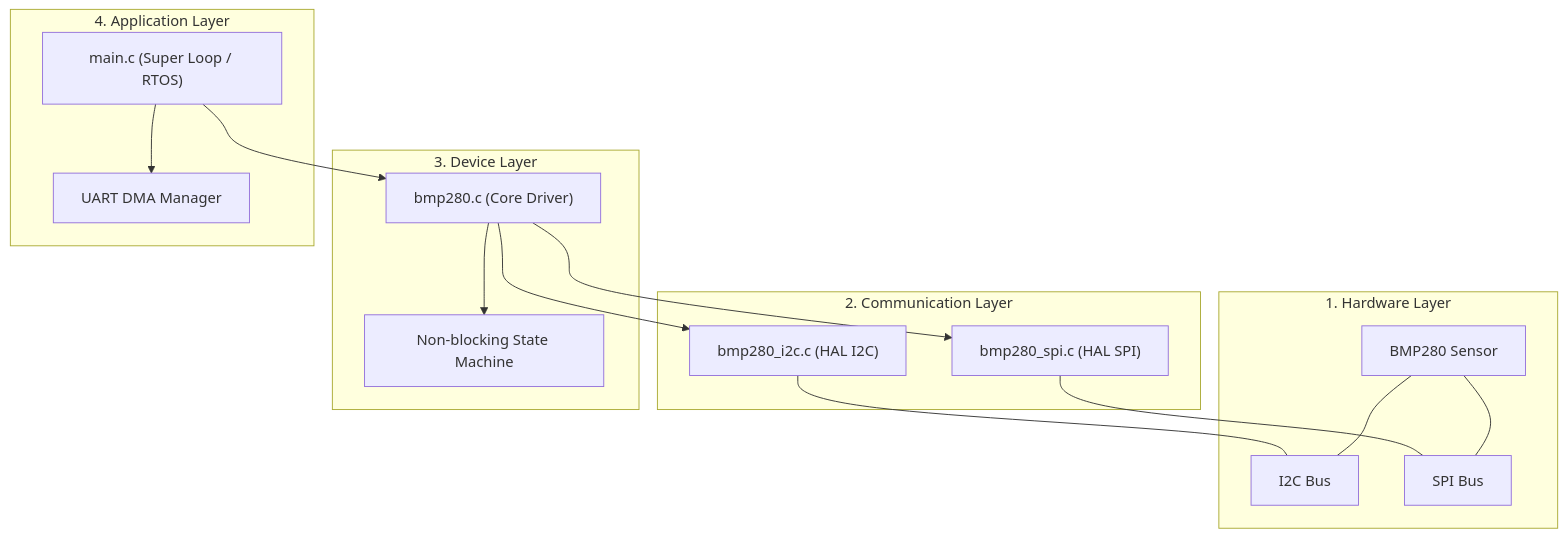
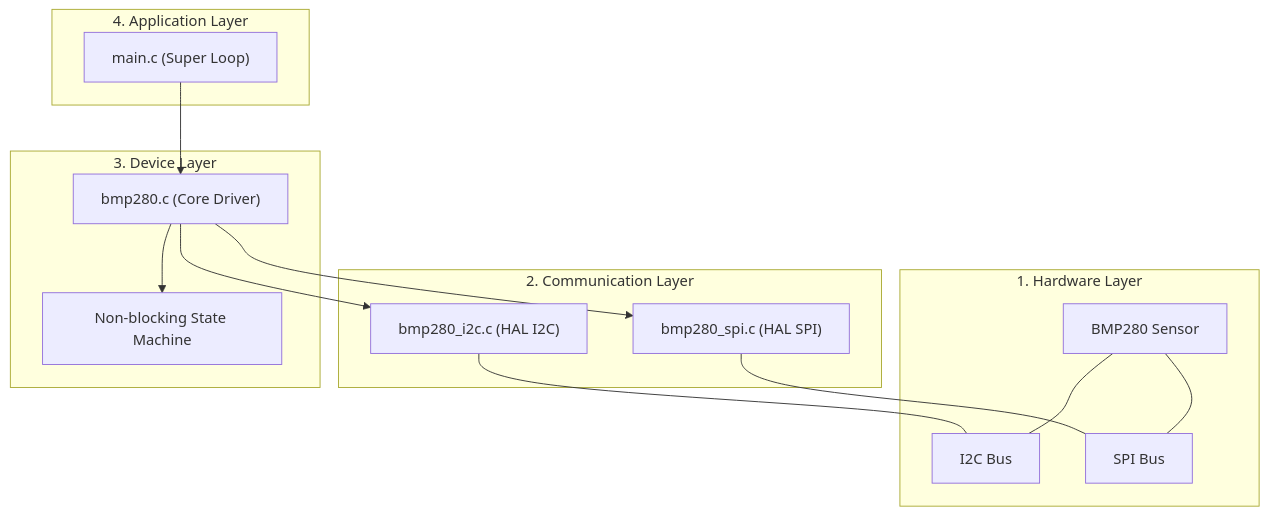
One commit to timstudacc-ai/BMP280_driver changed the diagram in README.md. Above: the diagram before and after it, drawn with Mermaid. The commit also changed other lines of this file, not shown here.

````diff
--- a/README.md
+++ b/README.md
@@ -18,35 +18,33 @@
 ```mermaid
 graph TD
     %% Define Nodes and Subgraphs
     subgraph HW [1. Hardware Layer]
         BMP280_Sensor[BMP280 Sensor]
         I2C_Bus[I2C Bus]
         SPI_Bus[SPI Bus]
     end
 
     subgraph COMM [2. Communication Layer]
         I2C_Driver["bmp280_i2c.c (HAL I2C)"]
         SPI_Driver["bmp280_spi.c (HAL SPI)"]
     end
 
     subgraph DEV [3. Device Layer]
         Core_Logic["bmp280.c (Core Driver)"]
         State_Machine["Non-blocking State Machine"]
     end
 
     subgraph APP [4. Application Layer]
-        Main_Loop["main.c (Super Loop / RTOS)"]
-        UART_Manager["UART DMA Manager"]
+        Main_Loop["main.c (Super Loop)"]
     end
 
     %% Define Relationships Outside Subgraphs
     BMP280_Sensor --- I2C_Bus
     BMP280_Sensor --- SPI_Bus
     I2C_Driver --- I2C_Bus
     SPI_Driver --- SPI_Bus
     Core_Logic --> State_Machine
     Core_Logic --> I2C_Driver
     Core_Logic --> SPI_Driver
     Main_Loop --> Core_Logic
-    Main_Loop --> UART_Manager
 ```
````
